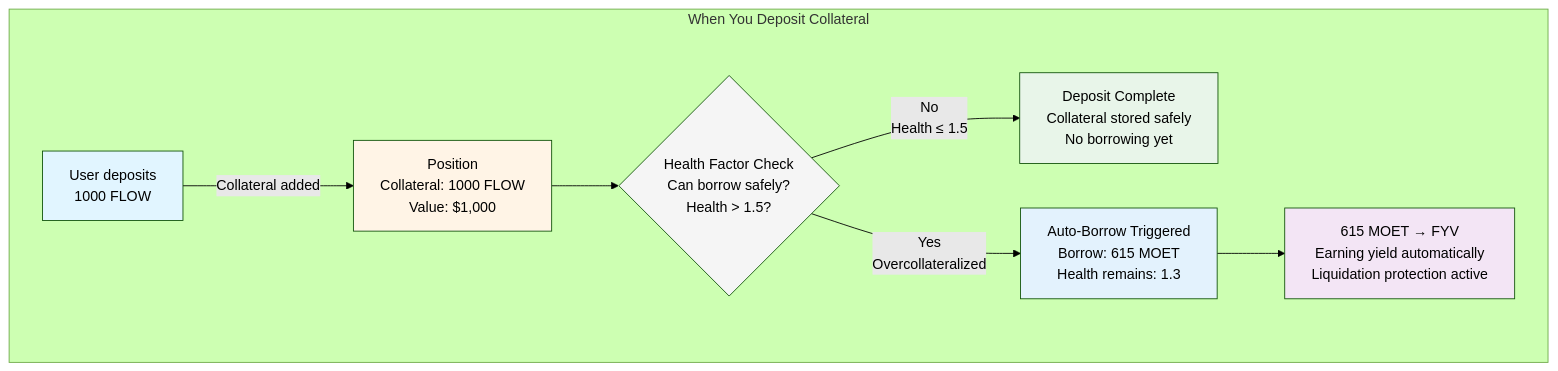
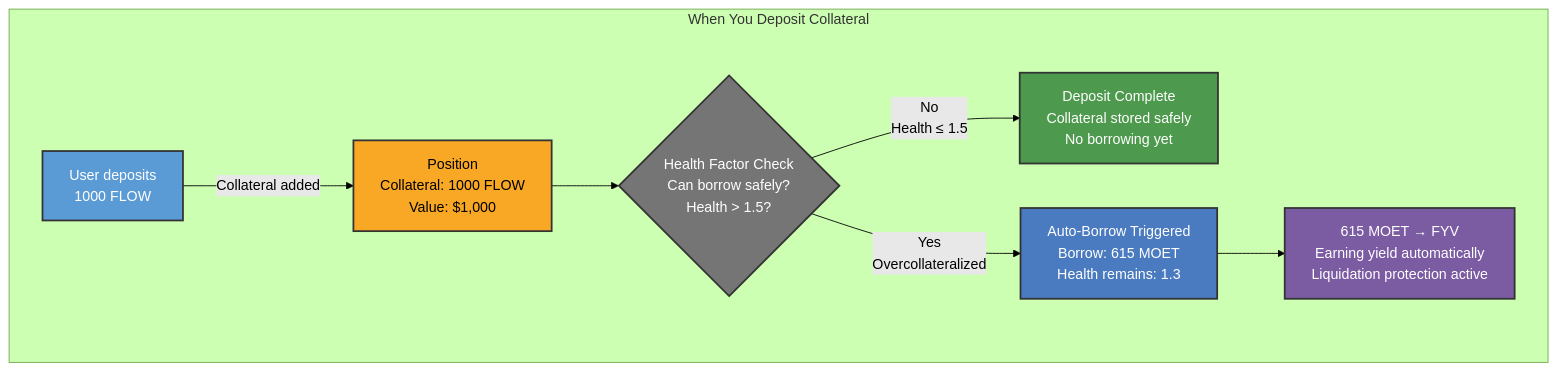
Before and after one commit to onflow/docs: the fifth of 7 diagrams in docs/defi/alp/architecture.md, drawn with Mermaid (forest theme). The commit also changed other lines of this file and 12 other files, not shown here.

````diff
--- a/docs/defi/alp/architecture.md
+++ b/docs/defi/alp/architecture.md
@@ -197,17 +197,17 @@
 ```mermaid
 graph TB
     subgraph "When You Deposit Collateral"
         D1[User deposits<br/>1000 FLOW] -->|Collateral added| D2[ Position<br/>Collateral: 1000 FLOW<br/>Value: $1,000]
         D2 --> D3{Health Factor Check<br/>Can borrow safely?<br/>Health > 1.5?}
         D3 -->|No<br/>Health ≤ 1.5| D4[Deposit Complete<br/>Collateral stored safely<br/>No borrowing yet]
         D3 -->|Yes<br/>Overcollateralized| D5[Auto-Borrow Triggered<br/>Borrow: 615 MOET<br/>Health remains: 1.3]
         D5 --> D6[615 MOET → FYV<br/>Earning yield automatically<br/>Liquidation protection active]
     end
 
-    style D1 fill:#e1f5ff
-    style D2 fill:#fff4e6
-    style D3 fill:#f5f5f5
-    style D4 fill:#e8f5e9
-    style D5 fill:#e3f2fd
-    style D6 fill:#f3e5f5
+    style D1 fill:#5b9bd5,stroke:#333,stroke-width:2px,color:#fff
+    style D2 fill:#f9a825,stroke:#333,stroke-width:2px
+    style D3 fill:#757575,stroke:#333,stroke-width:2px,color:#fff
+    style D4 fill:#4d994d,stroke:#333,stroke-width:2px,color:#fff
+    style D5 fill:#4a7abf,stroke:#333,stroke-width:2px,color:#fff
+    style D6 fill:#7b5ba1,stroke:#333,stroke-width:2px,color:#fff
 ```
````
